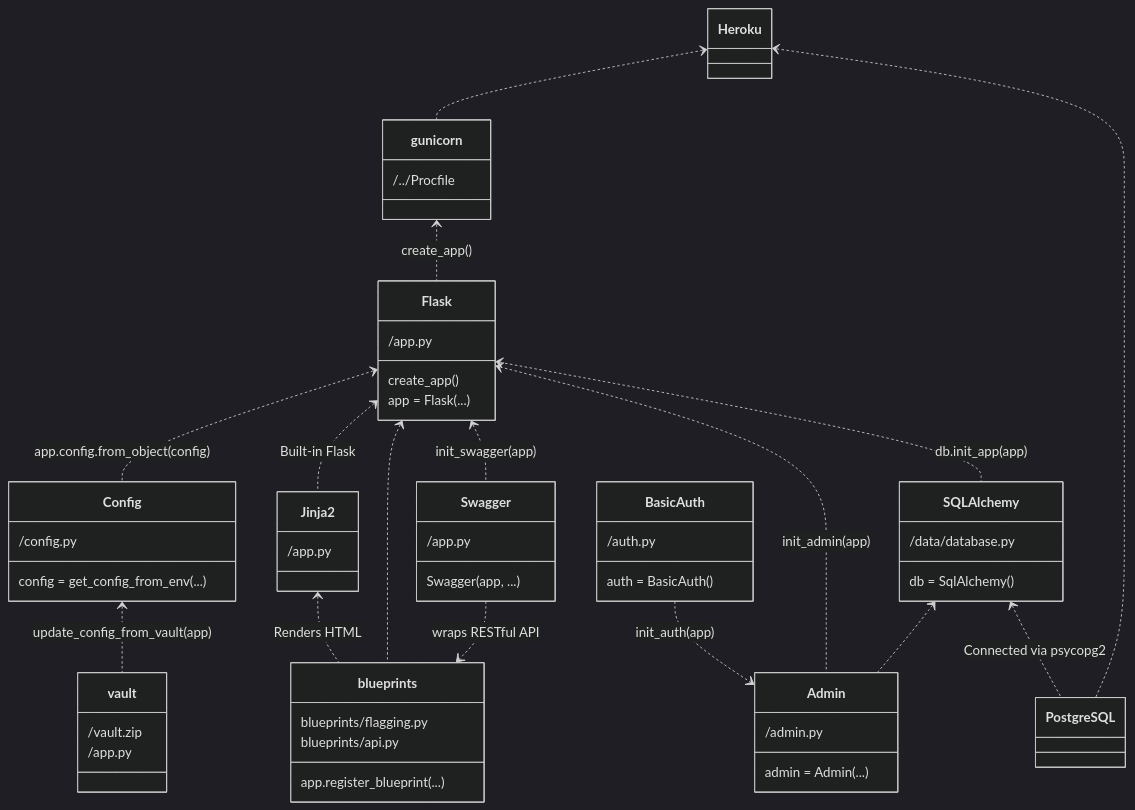
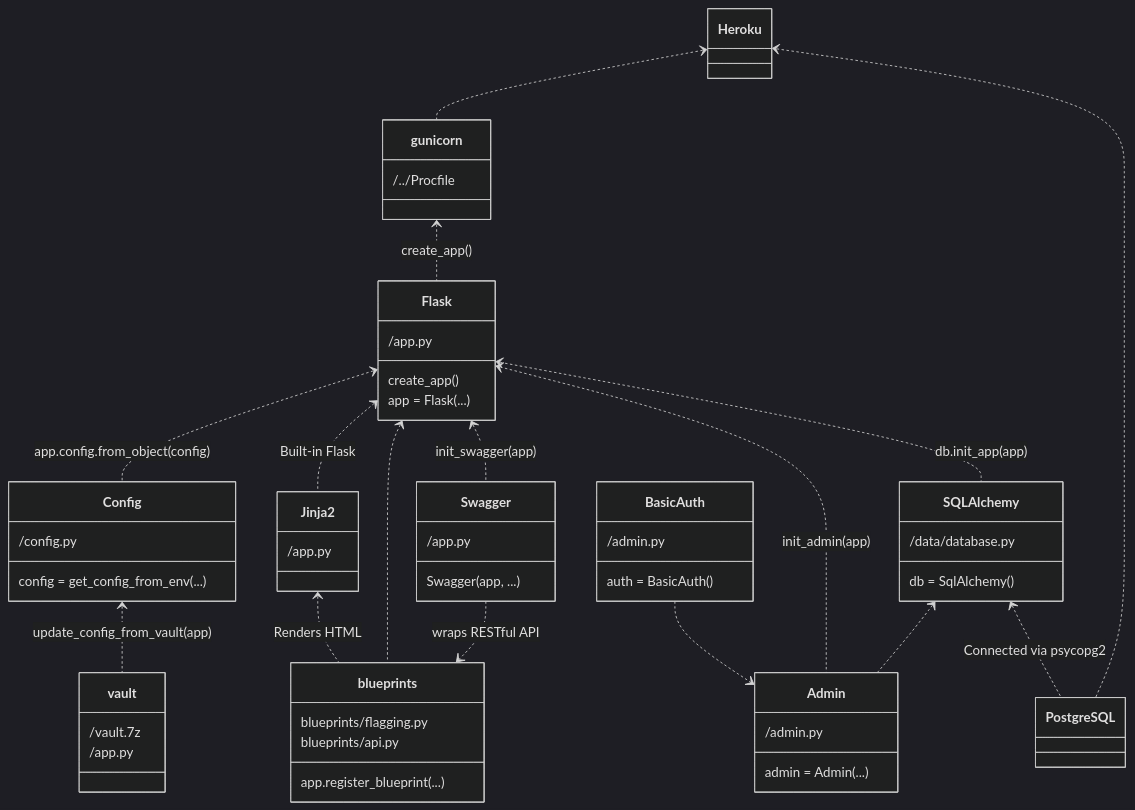
Before and after one commit to codeforboston/flagging: the diagram in docs/docs/development/index.md, drawn with Mermaid (dark theme). The commit also changed 8 other files, not shown here.

````diff
--- a/docs/docs/development/index.md
+++ b/docs/docs/development/index.md
@@ -12,47 +12,47 @@
 ```mermaid
 classDiagram
 Heroku <.. gunicorn
 gunicorn <.. Flask : create_app()
 gunicorn : /../Procfile
 Heroku <.. PostgreSQL
 class Flask
 Flask : /app.py
 Flask : create_app()
 Flask : app = Flask(...)
 class Config
 Config : /config.py
 Config : config = get_config_from_env(...)
 class vault
-vault : /vault.zip
+vault : /vault.7z
 vault : /app.py
 Config <.. vault : update_config_from_vault(app)
 class Swagger
 Swagger : /app.py
 Swagger : Swagger(app, ...)
 Flask <.. Swagger : init_swagger(app)
 Swagger ..> blueprints : wraps RESTful API
 Flask <.. Config : app.config.from_object(config)
 class SQLAlchemy
 SQLAlchemy : /data/database.py
 SQLAlchemy : db = SqlAlchemy()
 class Jinja2
 Jinja2 : /app.py
 Flask <.. Jinja2 : Built-in Flask
 SQLAlchemy <.. PostgreSQL: Connected via psycopg2
 Flask <.. SQLAlchemy : db.init_app(app)
 class blueprints
 blueprints : blueprints/flagging.py
 blueprints : blueprints/api.py
 blueprints : app.register_blueprint(...)
 Flask <.. blueprints
 Jinja2 <.. blueprints : Renders HTML
 class Admin
 Admin : /admin.py
 Admin: admin = Admin(...)
 SQLAlchemy <.. Admin
 Flask <.. Admin : init_admin(app)
 class BasicAuth
-BasicAuth : /auth.py
+BasicAuth : /admin.py
 BasicAuth : auth = BasicAuth()
-BasicAuth ..> Admin : init_auth(app)
+BasicAuth ..> Admin
 ```
````
